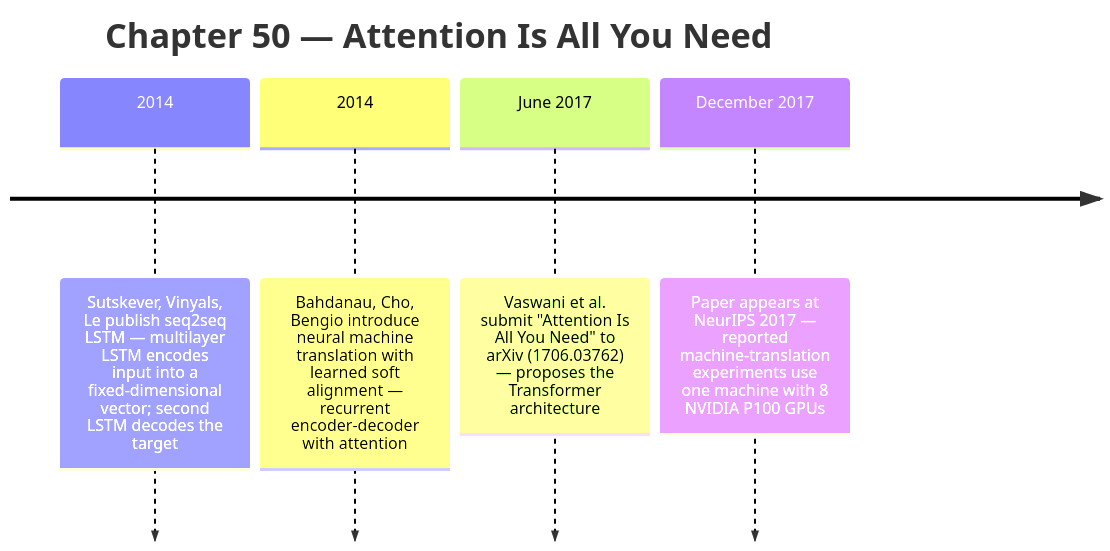
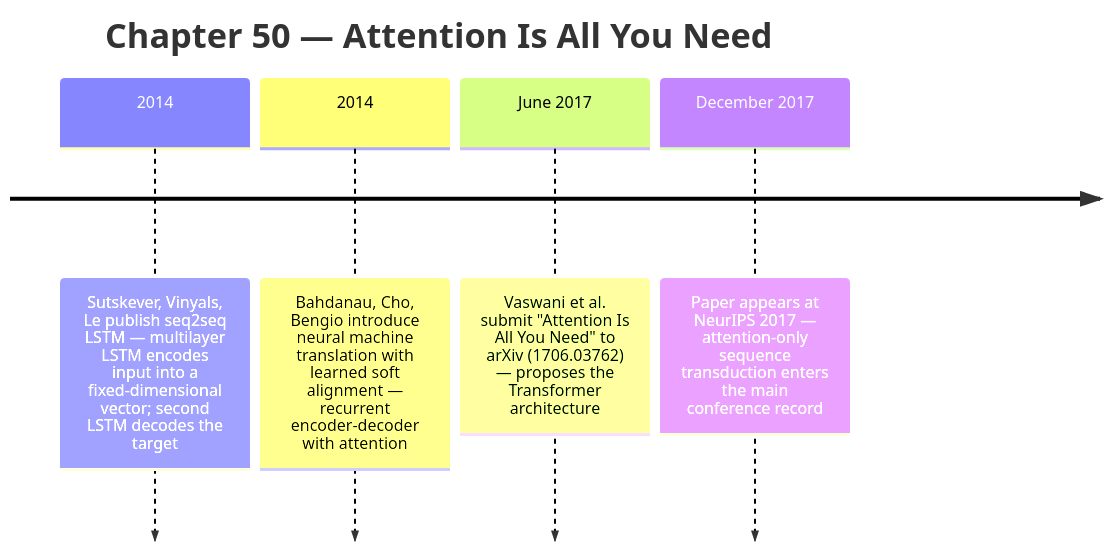
One commit to kube-dojo/kube-dojo changed the first of 2 diagrams in src/content/docs/ai-history/ch-50-attention-is-all-you-need.md. Above: the diagram before and after it, drawn with Mermaid. The commit also changed other lines of this file and 2 other files, not shown here.

````diff
--- a/src/content/docs/ai-history/ch-50-attention-is-all-you-need.md
+++ b/src/content/docs/ai-history/ch-50-attention-is-all-you-need.md
@@ -29,8 +29,8 @@
 ```mermaid
 timeline
     title Chapter 50 — Attention Is All You Need
     2014 : Sutskever, Vinyals, Le publish seq2seq LSTM — multilayer LSTM encodes input into a fixed-dimensional vector; second LSTM decodes the target
     2014 : Bahdanau, Cho, Bengio introduce neural machine translation with learned soft alignment — recurrent encoder-decoder with attention
     June 2017 : Vaswani et al. submit "Attention Is All You Need" to arXiv (1706.03762) — proposes the Transformer architecture
-    December 2017 : Paper appears at NeurIPS 2017 — reported machine-translation experiments use one machine with 8 NVIDIA P100 GPUs
+    December 2017 : Paper appears at NeurIPS 2017 — attention-only sequence transduction enters the main conference record
 ```
````
